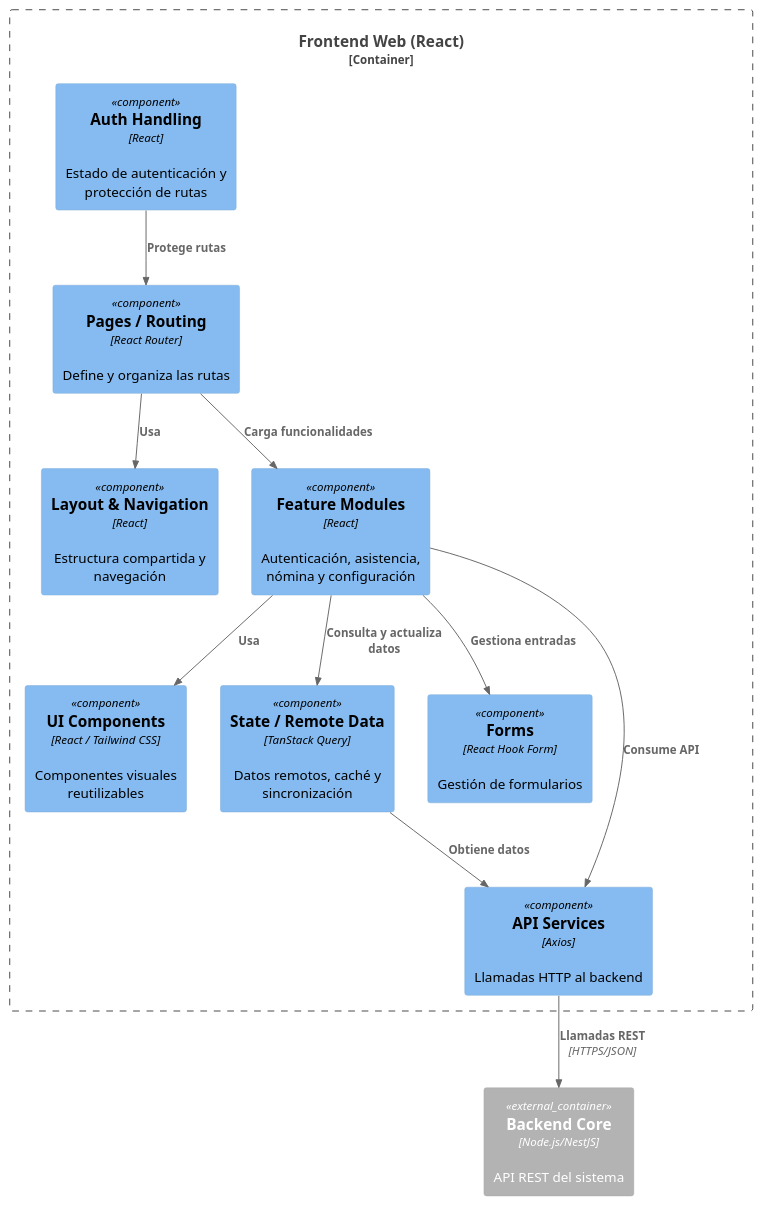
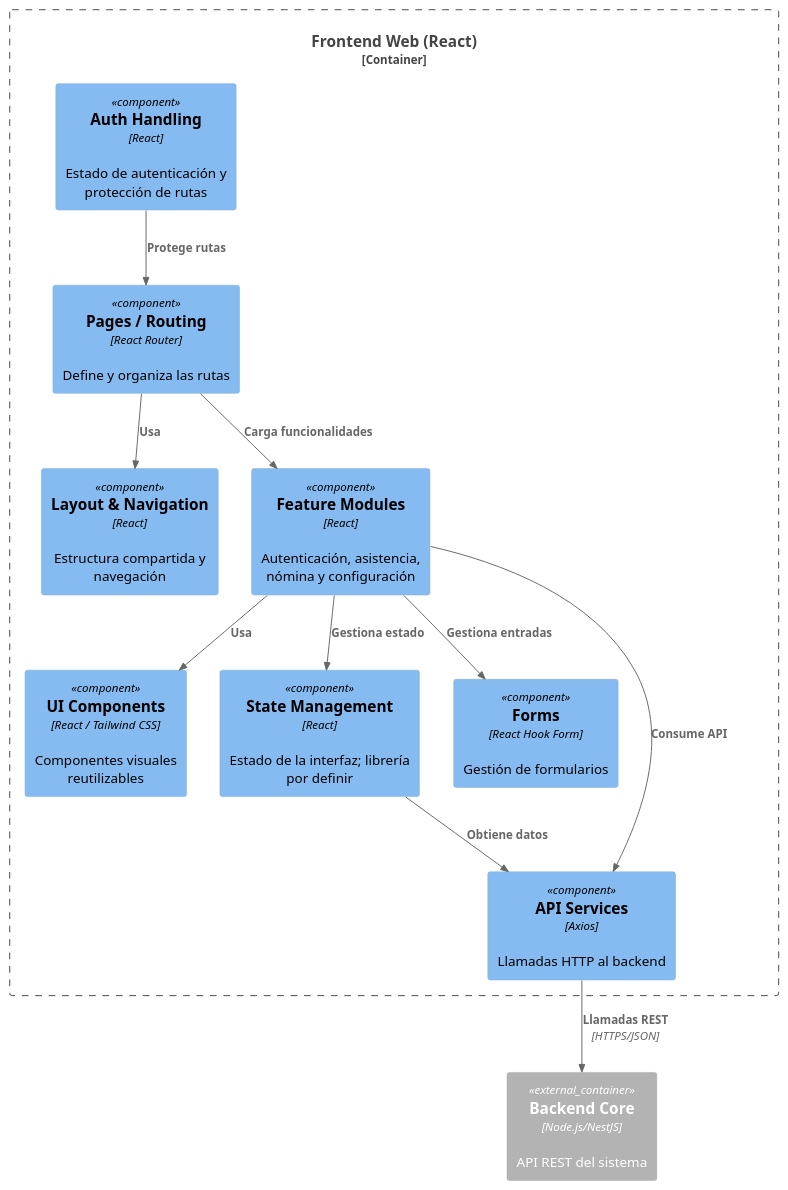
One commit to sisgal-platform/sisgal-docs changed the diagram in docs/diagrams/source/components-frontend.puml. Above: the diagram before and after it, drawn with PlantUML.

Commit message:
docs: align architecture with confirmed component and deployment details

```diff
--- a/docs/diagrams/source/components-frontend.puml
+++ b/docs/diagrams/source/components-frontend.puml
@@ -1,27 +1,27 @@
 @startuml C4_Frontend_Components
 !include https://raw.githubusercontent.com/plantuml-stdlib/C4-PlantUML/master/C4_Component.puml
 
 Container_Ext(backend, "Backend Core", "Node.js/NestJS", "API REST del sistema")
 
 Container_Boundary(frontend_boundary, "Frontend Web (React)") {
     Component(pages, "Pages / Routing", "React Router", "Define y organiza las rutas")
     Component(layout, "Layout & Navigation", "React", "Estructura compartida y navegación")
     Component(ui, "UI Components", "React / Tailwind CSS", "Componentes visuales reutilizables")
     Component(features, "Feature Modules", "React", "Autenticación, asistencia, nómina y configuración")
-    Component(state, "State / Remote Data", "TanStack Query", "Datos remotos, caché y sincronización")
+    Component(state, "State Management", "React", "Estado de la interfaz; librería por definir")
     Component(forms, "Forms", "React Hook Form", "Gestión de formularios")
     Component(services, "API Services", "Axios", "Llamadas HTTP al backend")
     Component(auth, "Auth Handling", "React", "Estado de autenticación y protección de rutas")
 }
 
 Rel(pages, layout, "Usa")
 Rel(pages, features, "Carga funcionalidades")
 Rel(features, ui, "Usa")
-Rel(features, state, "Consulta y actualiza datos")
+Rel(features, state, "Gestiona estado")
 Rel(features, forms, "Gestiona entradas")
 Rel(features, services, "Consume API")
 Rel(state, services, "Obtiene datos")
 Rel(auth, pages, "Protege rutas")
 Rel(services, backend, "Llamadas REST", "HTTPS/JSON")
 
 @enduml
```
